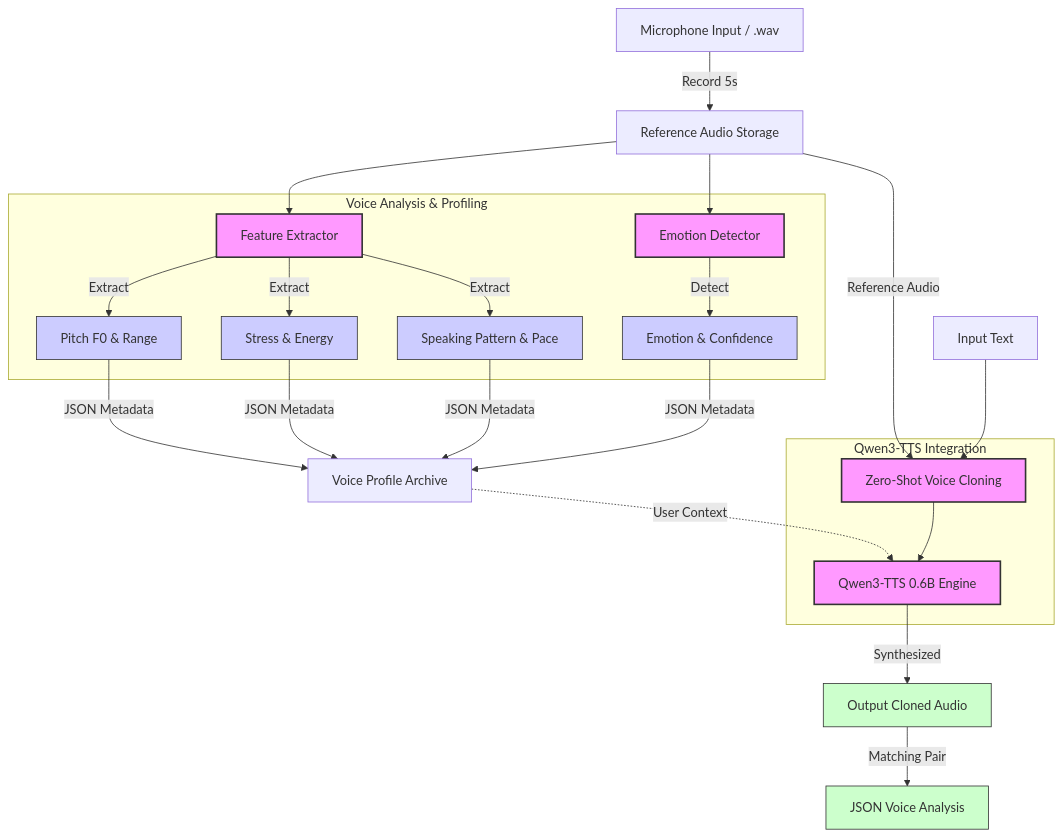
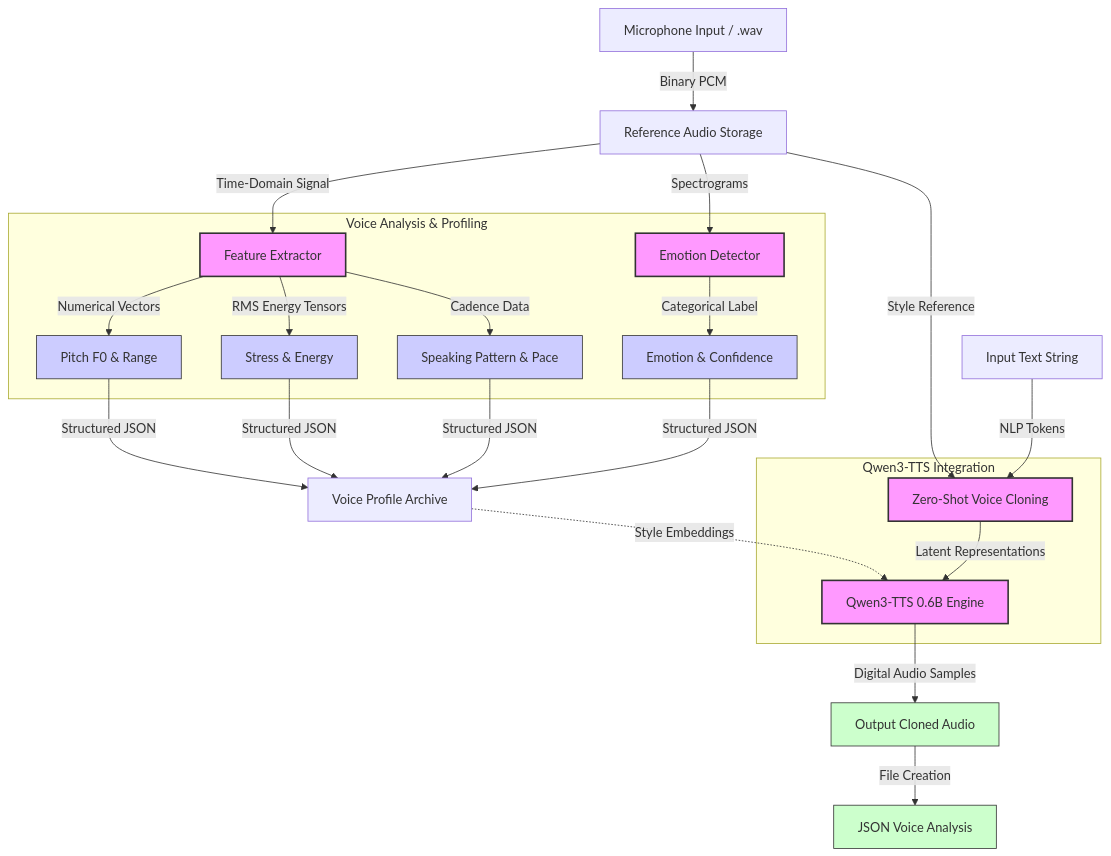
Before and after one commit to Praveen-1307/-Personalized-Speech-Learning-using-TTS: the diagram in docs/DIAGRAM.md, drawn with Mermaid. The commit also changed 20 other files, not shown here.

````diff
--- a/docs/DIAGRAM.md
+++ b/docs/DIAGRAM.md
@@ -5,45 +5,45 @@
 ```mermaid
 graph TD
     %% Input Stage
-    Input[Microphone Input / .wav] -->|Record 5s| Rec[Reference Audio Storage]
+    Input[Microphone Input / .wav] -->|Binary PCM| Rec[Reference Audio Storage]
     
     %% Analysis Stage
     subgraph Analysis [Voice Analysis & Profiling]
-        FE[Feature Extractor] -->|Extract| Pitch[Pitch F0 & Range]
-        FE -->|Extract| Energy[Stress & Energy]
-        FE -->|Extract| Rhythm[Speaking Pattern & Pace]
+        FE[Feature Extractor] -->|Numerical Vectors| Pitch[Pitch F0 & Range]
+        FE -->|RMS Energy Tensors| Energy[Stress & Energy]
+        FE -->|Cadence Data| Rhythm[Speaking Pattern & Pace]
         
-        ED[Emotion Detector] -->|Detect| Emotion[Emotion & Confidence]
+        ED[Emotion Detector] -->|Categorical Label| Emotion[Emotion & Confidence]
     end
     
-    Rec --> FE
-    Rec --> ED
+    Rec -->|Time-Domain Signal| FE
+    Rec -->|Spectrograms| ED
 
     %% Model Integration Stage
     subgraph Model [Qwen3-TTS Integration]
         QTTS[Qwen3-TTS 0.6B Engine]
         Clone[Zero-Shot Voice Cloning]
     end
     
     %% Logical Flow
-    Pitch & Energy & Rhythm & Emotion -->|JSON Metadata| Profile[Voice Profile Archive]
-    Profile -.->|User Context| QTTS
-    Rec -->|Reference Audio| Clone
+    Pitch & Energy & Rhythm & Emotion -->|Structured JSON| Profile[Voice Profile Archive]
+    Profile -.->|Style Embeddings| QTTS
+    Rec -->|Style Reference| Clone
     
     %% Synthesis Stage
-    TEXT[Input Text] --> Clone
-    Clone --> QTTS
-    QTTS -->|Synthesized| WAV[Output Cloned Audio]
+    TEXT[Input Text String] -->|NLP Tokens| Clone
+    Clone -->|Latent Representations| QTTS
+    QTTS -->|Digital Audio Samples| WAV[Output Cloned Audio]
     
     %% Output Metadata
-    WAV -->|Matching Pair| Meta[JSON Voice Analysis]
+    WAV -->|File Creation| Meta[JSON Voice Analysis]
 
     %% Styling
     classDef main fill:#f9f,stroke:#333,stroke-width:2px;
     classDef analysis fill:#ccf,stroke:#333,stroke-width:1px;
     classDef model fill:#cfc,stroke:#333,stroke-width:1px;
     
     class QTTS,Clone,FE,ED main;
     class Pitch,Energy,Rhythm,Emotion analysis;
     class WAV,Meta model;
 ```
````
